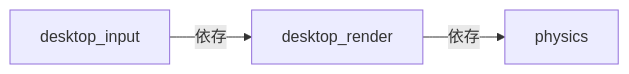
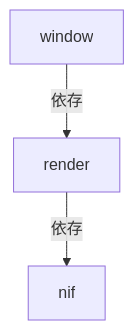
Before and after one commit to FRICK-ELDY/alchemy-engine: the first of 7 diagrams in docs/architecture/rust/desktop/render.md, drawn with Mermaid. The commit also changed other lines of this file and 11 other files, not shown here.

````diff
--- a/docs/architecture/rust/desktop/render.md
+++ b/docs/architecture/rust/desktop/render.md
@@ -16,9 +16,9 @@
 ```mermaid
-graph LR
-    DRENDER[desktop_render]
-    PHYSICS[physics]
-    DINPUT[desktop_input]
+graph TB
+    RENDER[render]
+    NIF[nif]
+    WINDOW[window]
 
-    DRENDER -->|依存| PHYSICS
-    DINPUT -->|依存| DRENDER
+    RENDER -->|依存| NIF
+    WINDOW -->|依存| RENDER
 ```
````
